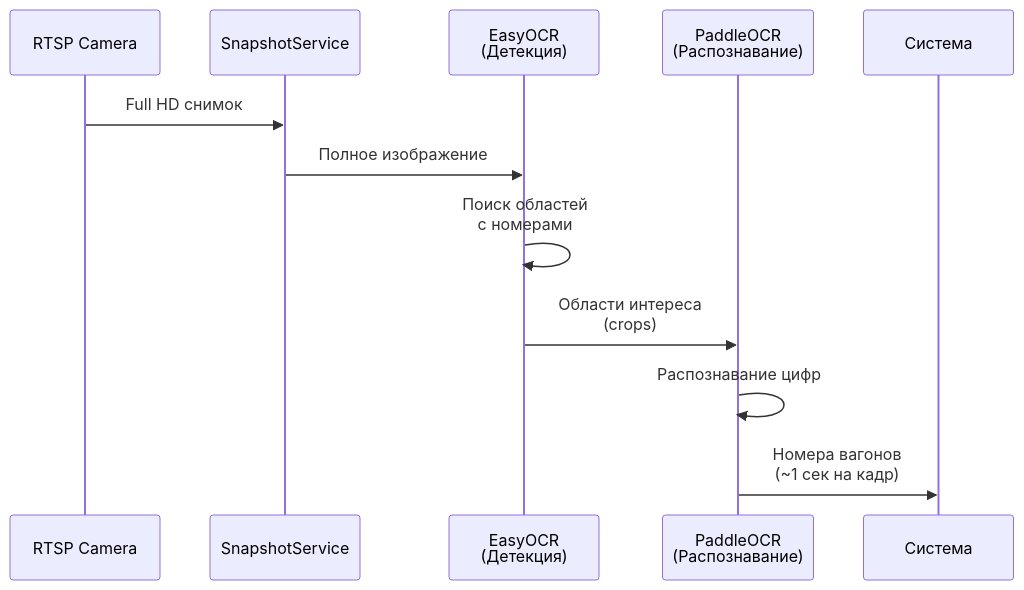
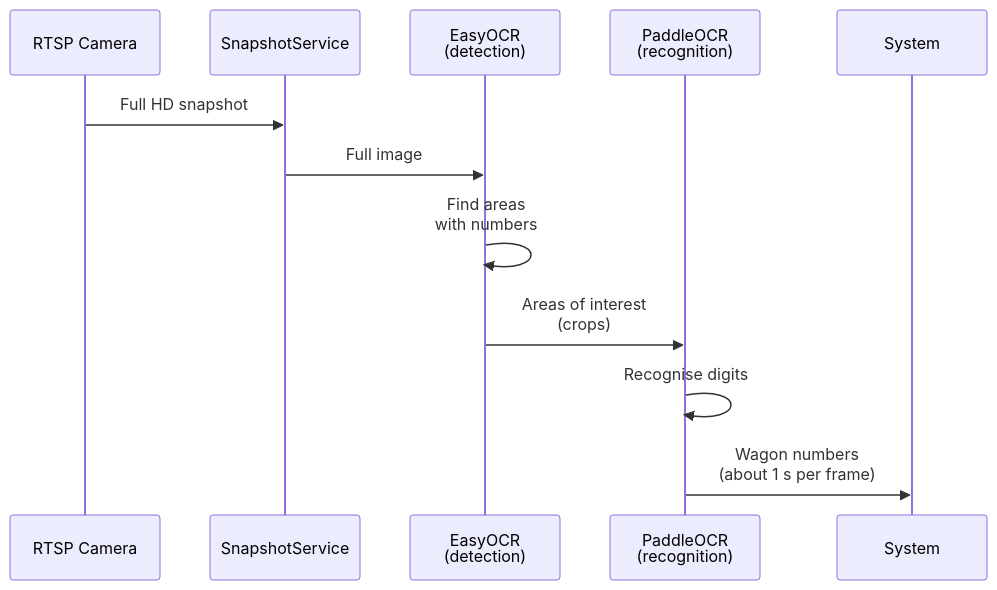
The third of 3 diagrams in docs/DIAGRAMS.md (qomad13/BlazorWagonControlPanel-showcase), drawn with Mermaid before and after one commit. The commit also changed other lines of this file, not shown here.

Commit message:
Translate diagrams to English

````diff
--- a/docs/DIAGRAMS.md
+++ b/docs/DIAGRAMS.md
@@ -33,15 +33,15 @@
 ```mermaid
 sequenceDiagram
   participant Camera as RTSP Camera
   participant Snapshot as SnapshotService
-  participant EasyOCR as EasyOCR<br/>(Детекция)
-  participant PaddleOCR as PaddleOCR<br/>(Распознавание)
-  participant System as Система
-  
-  Camera->>Snapshot: Full HD снимок
-  Snapshot->>EasyOCR: Полное изображение
-  EasyOCR->>EasyOCR: Поиск областей<br/>с номерами
-  EasyOCR->>PaddleOCR: Области интереса<br/>(crops)
-  PaddleOCR->>PaddleOCR: Распознавание цифр
-  PaddleOCR->>System: Номера вагонов<br/>(~1 сек на кадр)
+  participant EasyOCR as EasyOCR<br/>(detection)
+  participant PaddleOCR as PaddleOCR<br/>(recognition)
+  participant System as System
+
+  Camera->>Snapshot: Full HD snapshot
+  Snapshot->>EasyOCR: Full image
+  EasyOCR->>EasyOCR: Find areas<br/>with numbers
+  EasyOCR->>PaddleOCR: Areas of interest<br/>(crops)
+  PaddleOCR->>PaddleOCR: Recognise digits
+  PaddleOCR->>System: Wagon numbers<br/>(about 1 s per frame)
 ```
````
